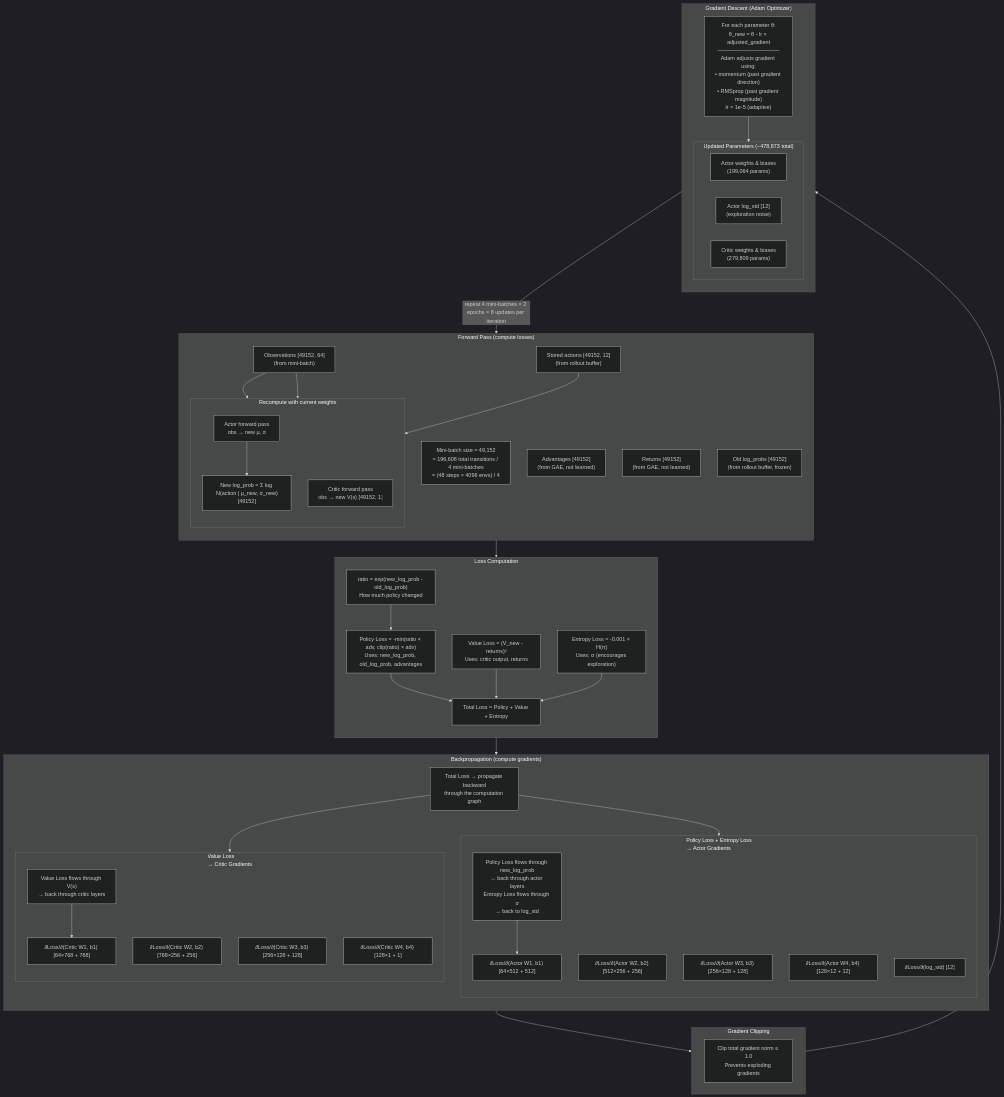
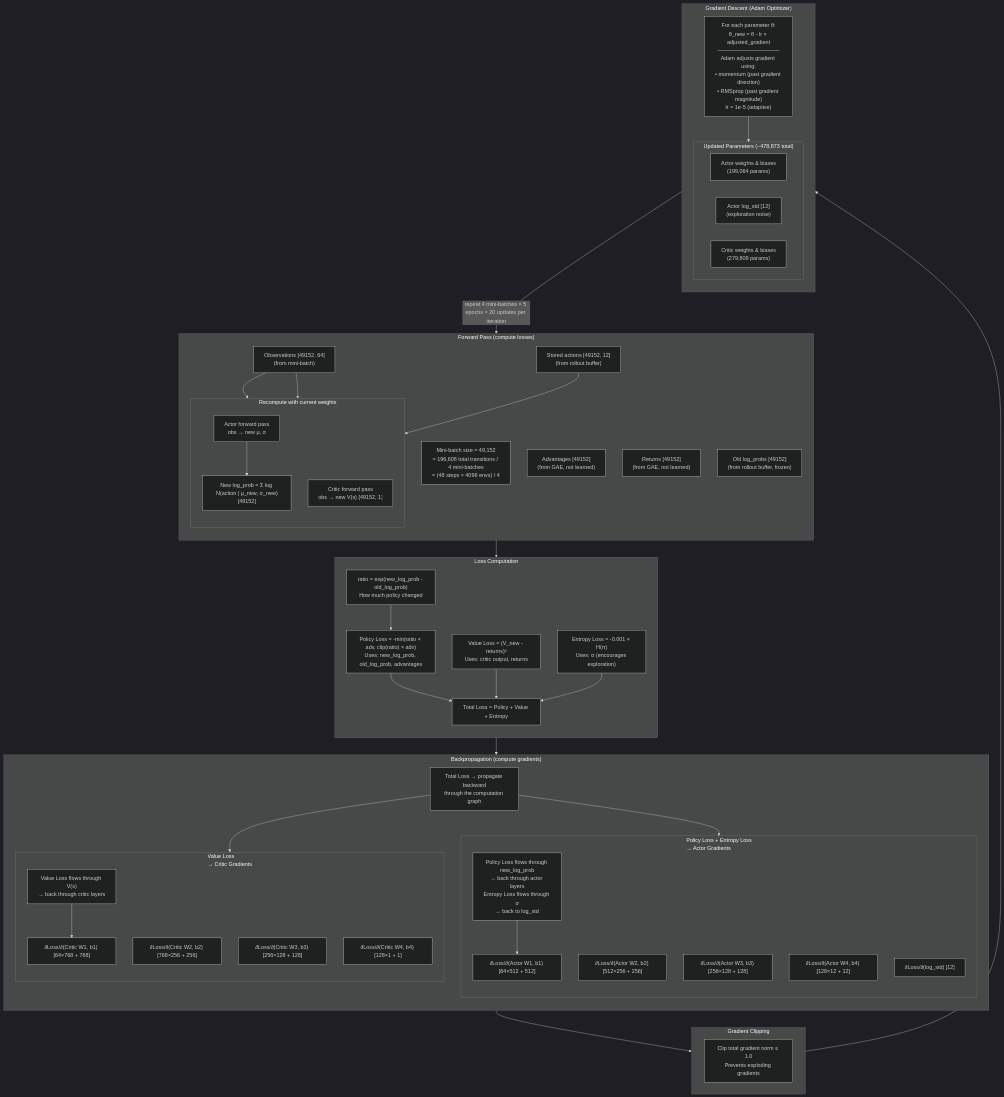
Before and after one commit to armmarov/armrobot: the sixth of 9 diagrams in docs/PPO_NETWORK.md, drawn with Mermaid (dark theme). The commit also changed other lines of this file and 4 other files, not shown here.

````diff
--- a/docs/PPO_NETWORK.md
+++ b/docs/PPO_NETWORK.md
@@ -219,81 +219,81 @@
 ```mermaid
 flowchart TB
     subgraph FORWARD["Forward Pass (compute losses)"]
         direction TB
         F_NOTE["Mini-batch size = 49,152<br/>= 196,608 total transitions / 4 mini-batches<br/>= (48 steps × 4096 envs) / 4"]
         F_OBS["Observations [49152, 64]<br/>(from mini-batch)"]
         F_ACT["Stored actions [49152, 12]<br/>(from rollout buffer)"]
         F_ADV["Advantages [49152]<br/>(from GAE, not learned)"]
         F_RET["Returns [49152]<br/>(from GAE, not learned)"]
         F_OLDLP["Old log_probs [49152]<br/>(from rollout buffer, frozen)"]
 
         subgraph RECOMPUTE["Recompute with current weights"]
             direction TB
             R_ACTOR["Actor forward pass<br/>obs → new μ, σ"]
             R_NEWLP["New log_prob = Σ log N(action | μ_new, σ_new)<br/>[49152]"]
             R_CRITIC["Critic forward pass<br/>obs → new V(s) [49152, 1]"]
             R_ACTOR --> R_NEWLP
         end
 
         F_OBS --> R_ACTOR
         F_OBS --> R_CRITIC
         F_ACT --> R_NEWLP
     end
 
     subgraph LOSS["Loss Computation"]
         direction TB
         L_RATIO["ratio = exp(new_log_prob - old_log_prob)<br/>How much policy changed"]
         L_POLICY["Policy Loss = -min(ratio × adv, clip(ratio) × adv)<br/>Uses: new_log_prob, old_log_prob, advantages"]
         L_VALUE["Value Loss = (V_new - returns)²<br/>Uses: critic output, returns"]
         L_ENTROPY["Entropy Loss = -0.001 × H(π)<br/>Uses: σ (encourages exploration)"]
         L_TOTAL["Total Loss = Policy + Value + Entropy"]
         L_RATIO --> L_POLICY --> L_TOTAL
         L_VALUE --> L_TOTAL
         L_ENTROPY --> L_TOTAL
     end
 
     subgraph BACKWARD["Backpropagation (compute gradients)"]
         direction TB
         B1["Total Loss → propagate backward<br/>through the computation graph"]
         subgraph ACTOR_GRAD["Policy Loss + Entropy Loss<br/>→ Actor Gradients"]
             direction TB
             AG_NOTE["Policy Loss flows through new_log_prob<br/>→ back through actor layers<br/>Entropy Loss flows through σ<br/>→ back to log_std"]
             AG1["∂Loss/∂(Actor W1, b1) [64×512 + 512]"]
             AG2["∂Loss/∂(Actor W2, b2) [512×256 + 256]"]
             AG3["∂Loss/∂(Actor W3, b3) [256×128 + 128]"]
             AG4["∂Loss/∂(Actor W4, b4) [128×12 + 12]"]
             AG5["∂Loss/∂(log_std) [12]"]
             AG_NOTE --> AG1
         end
         subgraph CRITIC_GRAD["Value Loss<br/>→ Critic Gradients"]
             direction TB
             CG_NOTE["Value Loss flows through V(s)<br/>→ back through critic layers"]
             CG1["∂Loss/∂(Critic W1, b1) [64×768 + 768]"]
             CG2["∂Loss/∂(Critic W2, b2) [768×256 + 256]"]
             CG3["∂Loss/∂(Critic W3, b3) [256×128 + 128]"]
             CG4["∂Loss/∂(Critic W4, b4) [128×1 + 1]"]
             CG_NOTE --> CG1
         end
         B1 --> ACTOR_GRAD
         B1 --> CRITIC_GRAD
     end
 
     subgraph CLIP_GRAD["Gradient Clipping"]
         GC["Clip total gradient norm ≤ 1.0<br/>Prevents exploding gradients"]
     end
 
     subgraph UPDATE["Gradient Descent (Adam Optimizer)"]
         direction TB
         U1["For each parameter θ:<br/>θ_new = θ - lr × adjusted_gradient<br/>────────────────<br/>Adam adjusts gradient using:<br/>• momentum (past gradient direction)<br/>• RMSprop (past gradient magnitude)<br/>lr = 1e-5 (adaptive)"]
         subgraph UPDATED["Updated Parameters (~478,873 total)"]
             direction LR
             UP1["Actor weights & biases<br/>(199,064 params)"]
             UP2["Actor log_std [12]<br/>(exploration noise)"]
             UP3["Critic weights & biases<br/>(279,809 params)"]
         end
         U1 --> UPDATED
     end
 
     FORWARD --> LOSS --> BACKWARD --> CLIP_GRAD --> UPDATE
-    UPDATE -->|"repeat 4 mini-batches × 2 epochs = 8 updates per iteration"| FORWARD
+    UPDATE -->|"repeat 4 mini-batches × 5 epochs = 20 updates per iteration"| FORWARD
 ```
````
